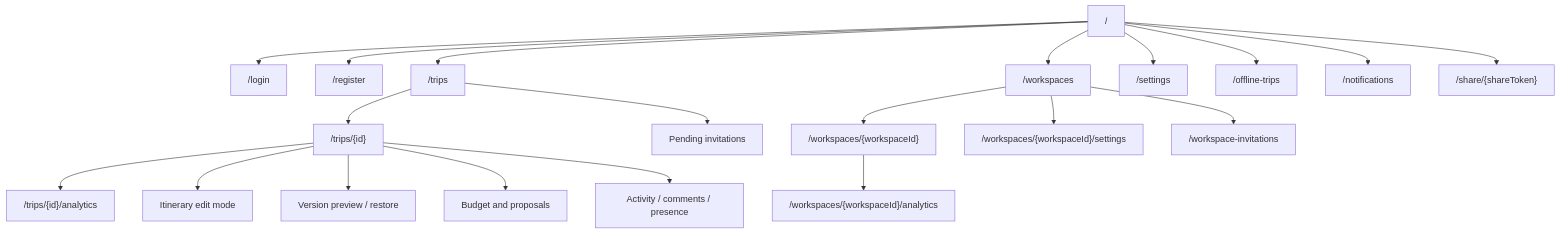
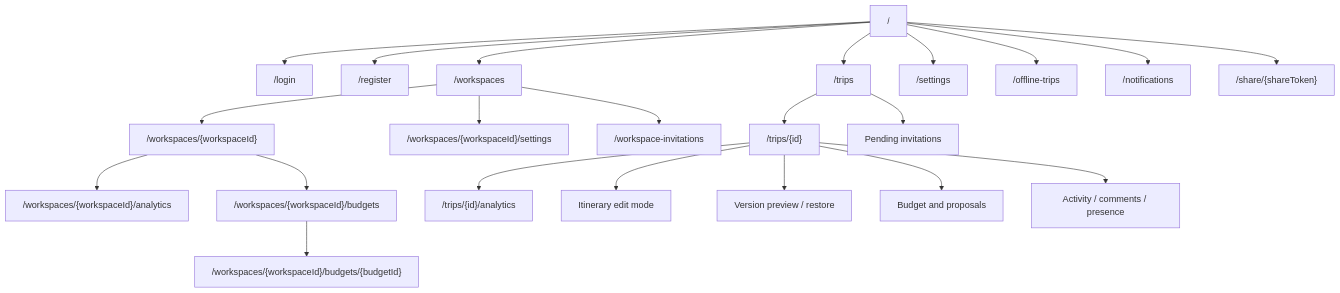
The second of 3 diagrams in apps/web/README.md (KovalenkoDima236961/Travel_Ai_App), drawn with Mermaid before and after one commit. The commit also changed other lines of this file and 49 other files, not shown here.

Commit message:
feat: implemented workspace shared budgets

````diff
--- a/apps/web/README.md
+++ b/apps/web/README.md
@@ -144,22 +144,24 @@
 ```mermaid
 flowchart TD
     Home["/"] --> Login["/login"]
     Home --> Register["/register"]
     Home --> Trips["/trips"]
     Home --> Workspaces["/workspaces"]
     Workspaces --> WorkspaceDetail["/workspaces/{workspaceId}"]
     WorkspaceDetail --> WorkspaceAnalytics["/workspaces/{workspaceId}/analytics"]
+    WorkspaceDetail --> WorkspaceBudgets["/workspaces/{workspaceId}/budgets"]
+    WorkspaceBudgets --> WorkspaceBudgetDetail["/workspaces/{workspaceId}/budgets/{budgetId}"]
     Workspaces --> WorkspaceSettings["/workspaces/{workspaceId}/settings"]
     Workspaces --> WorkspaceInvites["/workspace-invitations"]
     Trips --> TripDetail["/trips/{id}"]
     TripDetail --> TripAnalytics["/trips/{id}/analytics"]
     Trips --> Invitations["Pending invitations"]
     TripDetail --> Edit["Itinerary edit mode"]
     TripDetail --> Versions["Version preview / restore"]
     TripDetail --> Budget["Budget and proposals"]
     TripDetail --> Activity["Activity / comments / presence"]
     Home --> Settings["/settings"]
     Home --> OfflineTrips["/offline-trips"]
     Home --> Notifications["/notifications"]
     Home --> Share["/share/{shareToken}"]
 ```
````
